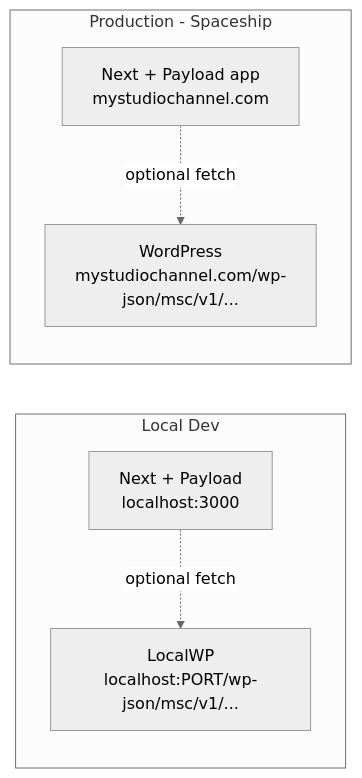
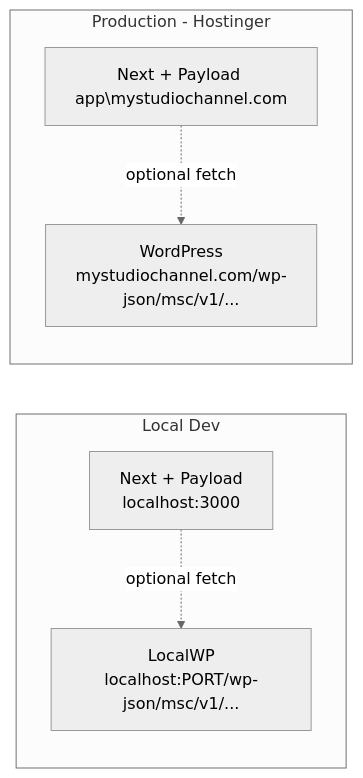
The diagram in .cursor/docs/Headless-WP-Backend-Plan.md (jonbeatz/MyStudioChannel), drawn with Mermaid (neutral theme) before and after one commit. The commit also changed other lines of this file and 27 other files, not shown here.

````diff
--- a/.cursor/docs/Headless-WP-Backend-Plan.md
+++ b/.cursor/docs/Headless-WP-Backend-Plan.md
@@ -41,13 +41,13 @@
 ```mermaid
 flowchart LR
     subgraph dev [Local Dev]
         NL[Next + Payload\nlocalhost:3000]
         WL[LocalWP\nlocalhost:PORT/wp-json/msc/v1/...]
         NL -. optional fetch .-> WL
     end
-    subgraph prod [Production - Spaceship]
-        NS[Next + Payload app\nmystudiochannel.com]
+    subgraph prod [Production - Hostinger]
+        NS[Next + Payload app\mystudiochannel.com]
         WS[WordPress\nmystudiochannel.com/wp-json/msc/v1/...]
         NS -. optional fetch .-> WS
     end
 ```
````
